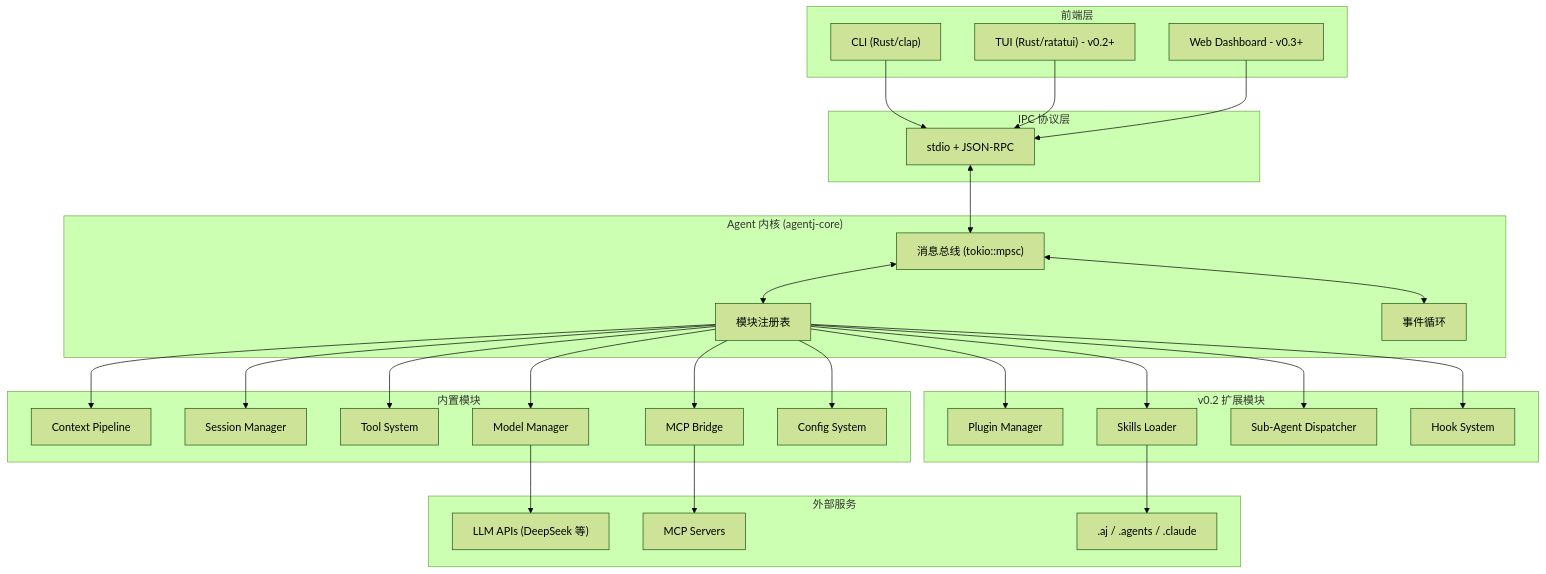
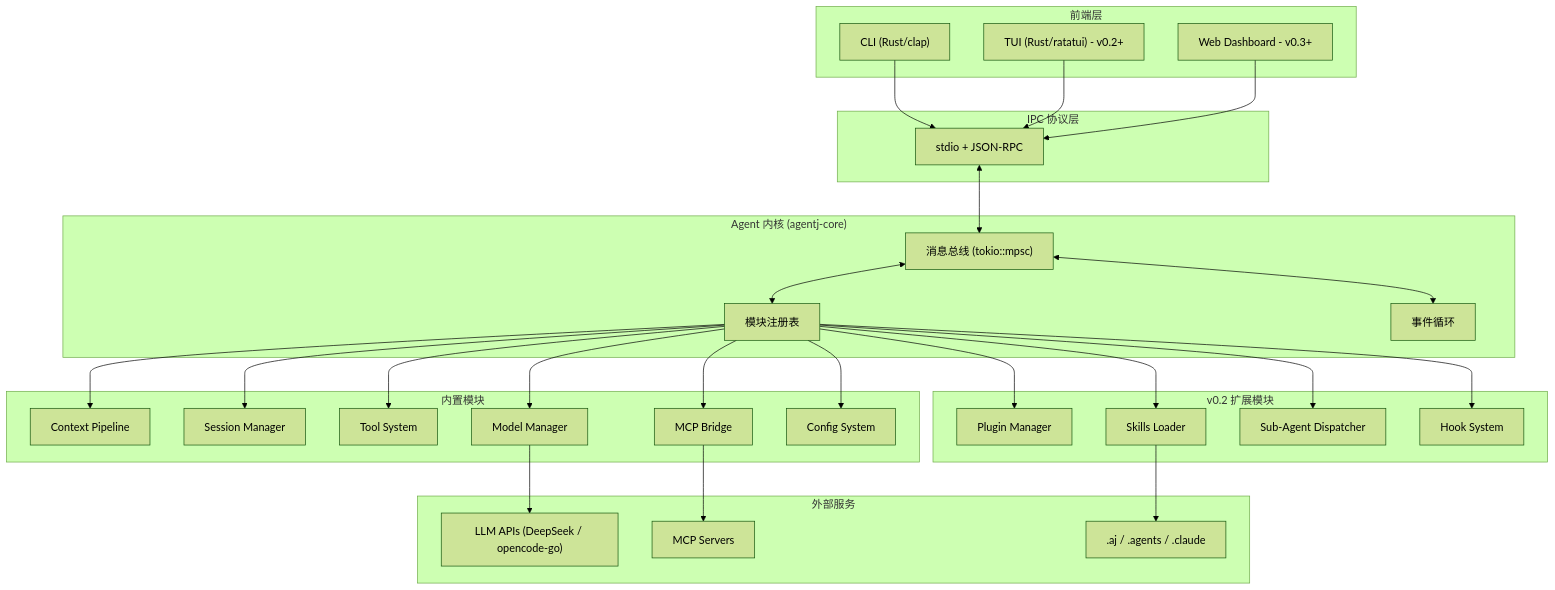
Before and after one commit to JeillZhang/agentj: the first of 9 diagrams in docs/superpowers/specs/2026-08-09-agentj-core-design.md, drawn with Mermaid (forest theme). The commit also changed other lines of this file and 1 other file, not shown here.

First line of the commit message:
docs: add opencode-go model provider support to v0.1 design and plan

````diff
--- a/docs/superpowers/specs/2026-08-09-agentj-core-design.md
+++ b/docs/superpowers/specs/2026-08-09-agentj-core-design.md
@@ -51,52 +52,52 @@
 ```mermaid
 flowchart TB
     subgraph Frontend["前端层"]
         CLI["CLI (Rust/clap)"]
         TUI["TUI (Rust/ratatui) - v0.2+"]
         Web["Web Dashboard - v0.3+"]
     end
 
     subgraph IPC["IPC 协议层"]
         JSONRPC["stdio + JSON-RPC"]
     end
 
     subgraph Kernel["Agent 内核 (agentj-core)"]
         BUS["消息总线 (tokio::mpsc)"]
         REGISTRY["模块注册表"]
         EVENT["事件循环"]
     end
 
     subgraph Modules["内置模块"]
         CTX["Context Pipeline"]
         SESSION["Session Manager"]
         TOOLS["Tool System"]
         MODEL["Model Manager"]
         MCP["MCP Bridge"]
         CONFIG["Config System"]
     end
 
     subgraph v02["v0.2 扩展模块"]
         PLUGIN["Plugin Manager"]
         SKILLS["Skills Loader"]
         SUBAGENT["Sub-Agent Dispatcher"]
         HOOK["Hook System"]
     end
 
     subgraph External["外部服务"]
-        LLM["LLM APIs (DeepSeek 等)"]
+        LLM["LLM APIs (DeepSeek / opencode-go)"]
         MCPSRV["MCP Servers"]
         SKILLDIR[".aj / .agents / .claude"]
     end
 
     CLI --> JSONRPC
     TUI --> JSONRPC
     Web --> JSONRPC
     JSONRPC <--> BUS
     BUS <--> REGISTRY
     BUS <--> EVENT
     REGISTRY --> CTX & SESSION & TOOLS & MODEL & MCP & CONFIG
     REGISTRY --> PLUGIN & SKILLS & SUBAGENT & HOOK
     MODEL --> LLM
     MCP --> MCPSRV
     SKILLS --> SKILLDIR
 ```
````
